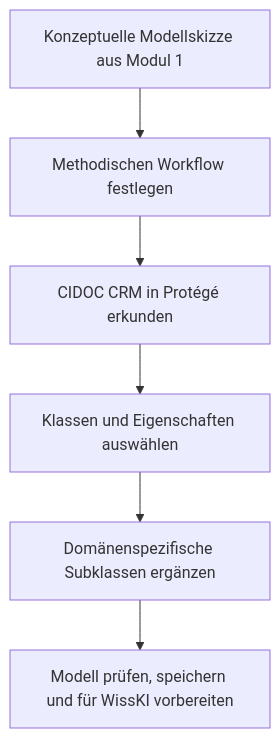
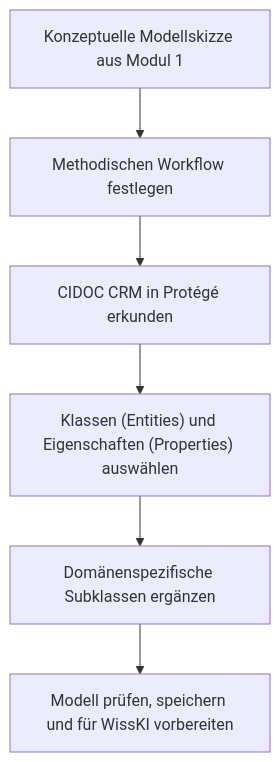
The diagram in WissKIBits_Modul2/M2E0_Ablauf-Zielsetzung.md (soda-collections-objects-data-literacy/WissKIBits_How-to-Tutorial), drawn with Mermaid before and after one commit. The commit also changed other lines of this file, not shown here.

Commit message:
Clarify terminology for classes and properties in MD

````diff
--- a/WissKIBits_Modul2/M2E0_Ablauf-Zielsetzung.md
+++ b/WissKIBits_Modul2/M2E0_Ablauf-Zielsetzung.md
@@ -136,8 +136,8 @@
 ```mermaid
 flowchart TD
     A["Konzeptuelle Modellskizze aus Modul 1"] --> B["Methodischen Workflow festlegen"]
     B --> C["CIDOC CRM in Protégé erkunden"]
-    C --> D["Klassen und Eigenschaften auswählen"]
+    C --> D[" Klassen (Entities) und Eigenschaften (Properties) auswählen"]
     D --> E["Domänenspezifische Subklassen ergänzen"]
     E --> F["Modell prüfen, speichern und für WissKI vorbereiten"]
 ```
````
